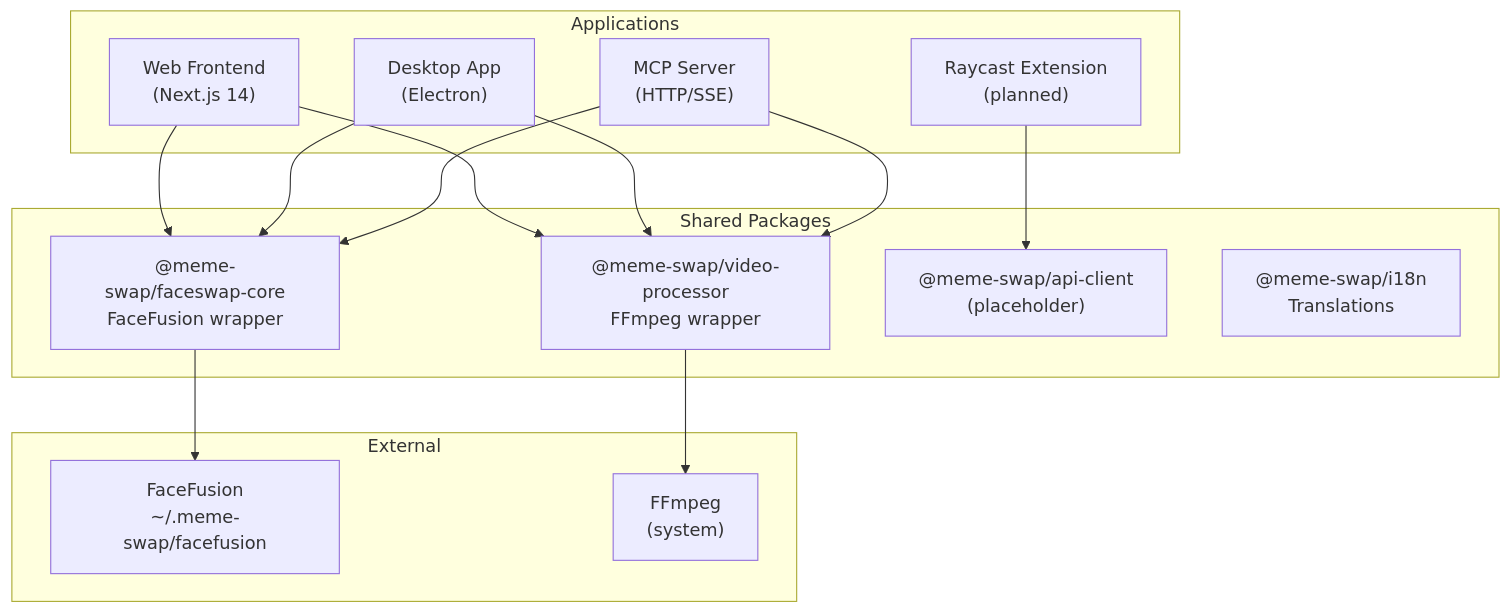
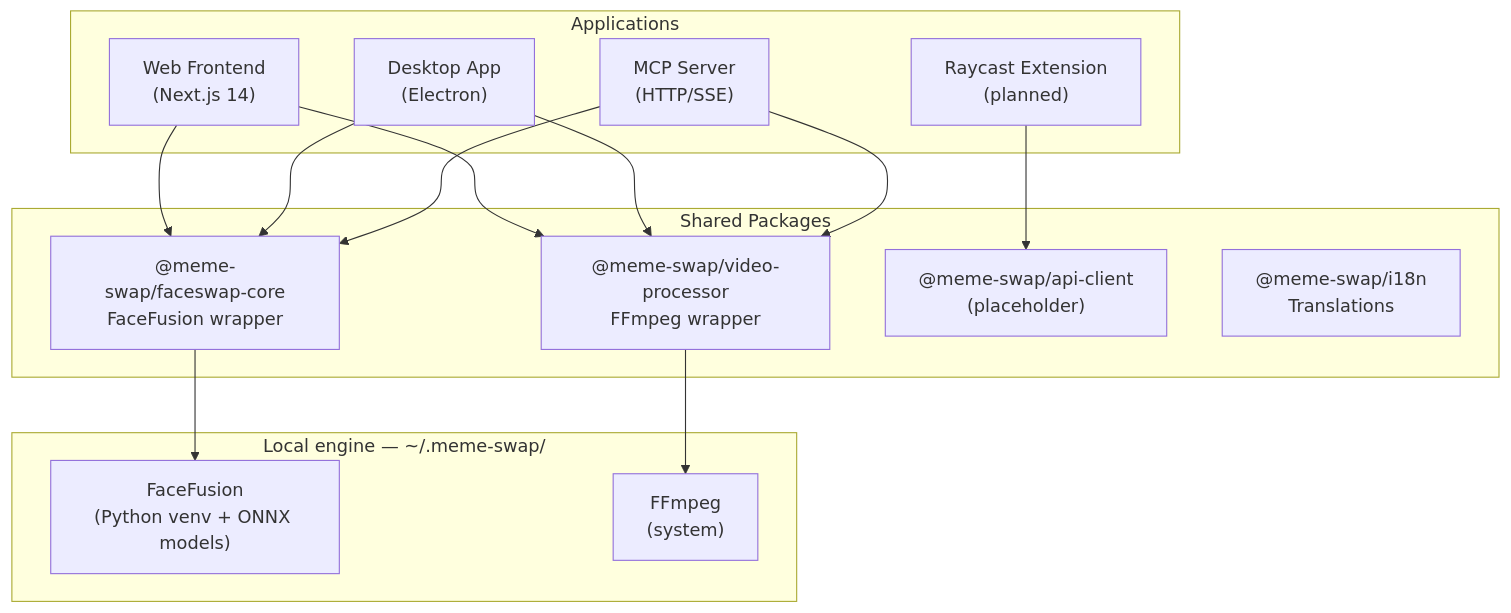
The first of 2 diagrams in README.md (Tlahey/meme-swap), drawn with Mermaid before and after one commit. The commit also changed other lines of this file and 14 other files, not shown here.

````diff
--- a/README.md
+++ b/README.md
@@ -49,32 +84,32 @@
 ```mermaid
 graph TB
     subgraph "Applications"
         FE["Web Frontend\n(Next.js 14)"]
         DE["Desktop App\n(Electron)"]
         MCP["MCP Server\n(HTTP/SSE)"]
         RE["Raycast Extension\n(planned)"]
     end
 
     subgraph "Shared Packages"
         FC["@meme-swap/faceswap-core\nFaceFusion wrapper"]
         VP["@meme-swap/video-processor\nFFmpeg wrapper"]
         AC["@meme-swap/api-client\n(placeholder)"]
         I18N["@meme-swap/i18n\nTranslations"]
     end
 
-    subgraph "External"
-        FF["FaceFusion\n~/.meme-swap/facefusion"]
+    subgraph "Local engine — ~/.meme-swap/"
+        FF["FaceFusion\n(Python venv + ONNX models)"]
         FFMPEG["FFmpeg\n(system)"]
     end
 
     FE --> FC
     FE --> VP
     DE --> FC
     DE --> VP
     MCP --> FC
     MCP --> VP
     RE --> AC
 
     FC --> FF
     VP --> FFMPEG
 ```
````
